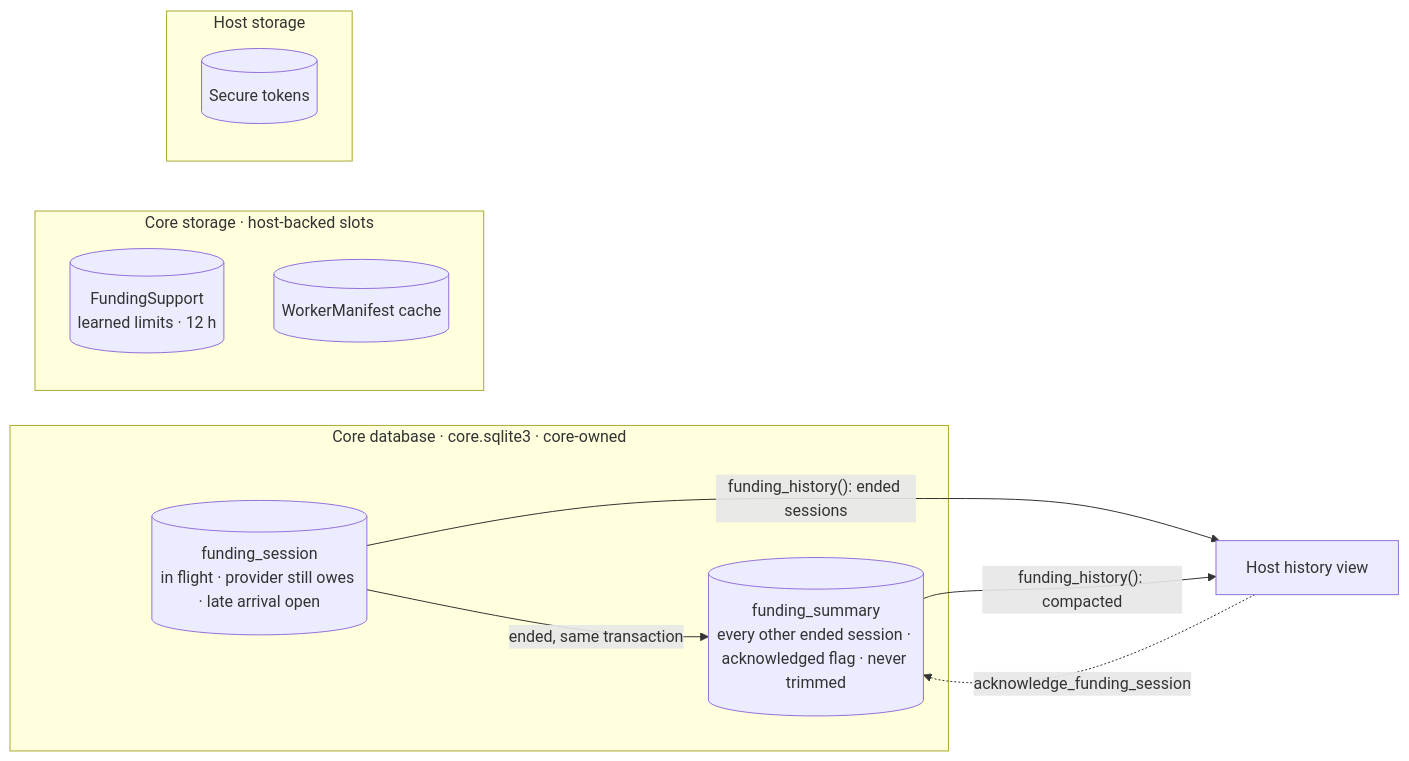
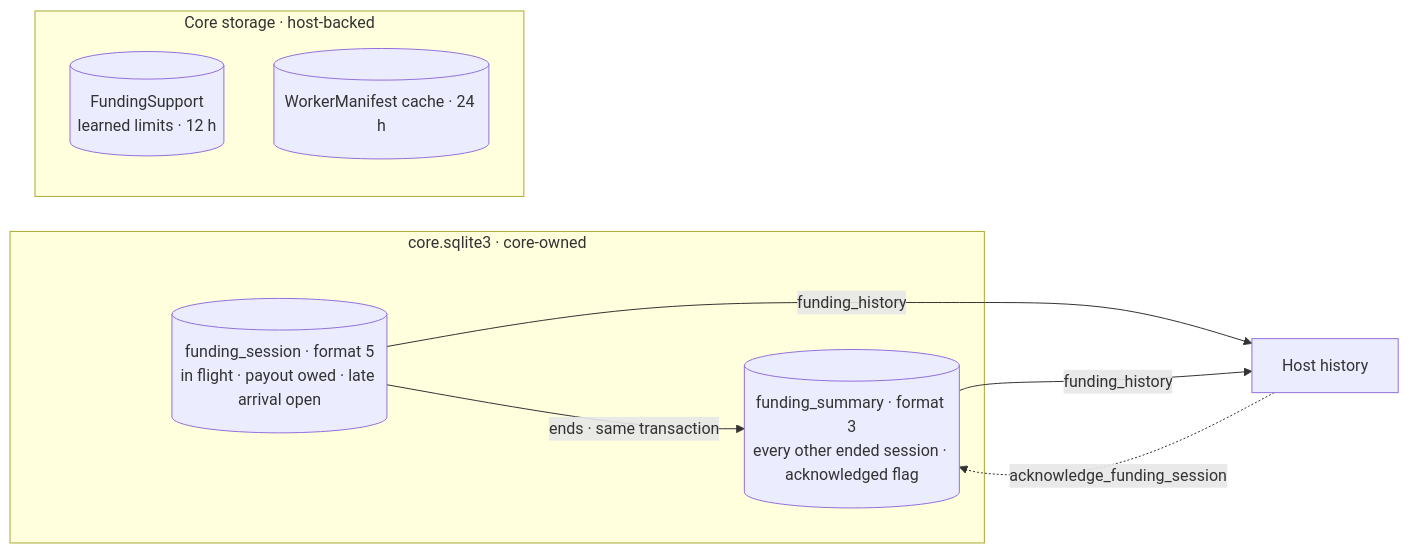
Before and after one commit to paritytech/trinity-user-agents: the ninth of 10 diagrams in docs/design/funding-modality.md, drawn with Mermaid. The commit also changed other lines of this file and 1 other file, not shown here.

Commit message:
docs(funding): schematics first, host reads back what changed

````diff
--- a/docs/design/funding-modality.md
+++ b/docs/design/funding-modality.md
@@ -219,19 +215,14 @@
 ```mermaid
 flowchart LR
-  subgraph db["Core database · core.sqlite3 · core-owned"]
-    s[(funding_session<br/>in flight · provider still owes · late arrival open)]
-    k[(funding_summary<br/>every other ended session · acknowledged flag · never trimmed)]
+  subgraph db["core.sqlite3 · core-owned"]
+    s[(funding_session · format 5<br/>in flight · payout owed · late arrival open)]
+    k[(funding_summary · format 3<br/>every other ended session · acknowledged flag)]
   end
-  subgraph kv["Core storage · host-backed slots"]
+  subgraph kv["Core storage · host-backed"]
     l[(FundingSupport<br/>learned limits · 12 h)]
-    m[(WorkerManifest cache)]
+    m[(WorkerManifest cache · 24 h)]
   end
-  subgraph host["Host storage"]
-    t[(Secure tokens)]
-  end
-  hv["Host history view"]
-  s -- "ended, same transaction" --> k
-  s -- "funding_history(): ended sessions" --> hv
-  k -- "funding_history(): compacted" --> hv
+  s -- "ends · same transaction" --> k
+  s & k -- funding_history --> hv[Host history]
   hv -. acknowledge_funding_session .-> k
 ```
````
